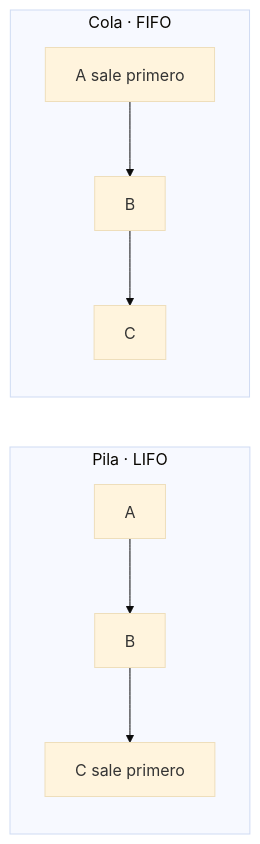
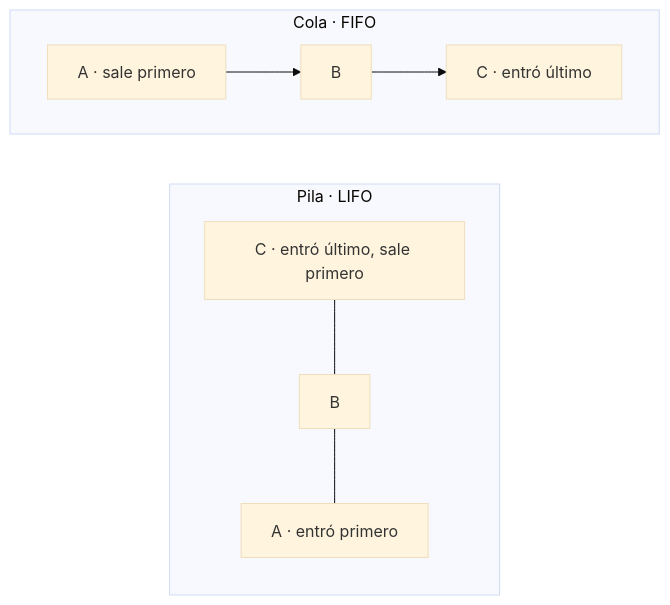
One commit to NICORUIZ93/The_Imperial_Book changed the second of 8 diagrams in web/public/content/foundations/modulo-2.md. Above: the diagram before and after it, drawn with Mermaid (base theme). The commit also changed other lines of this file, not shown here.

````diff
--- a/web/public/content/foundations/modulo-2.md
+++ b/web/public/content/foundations/modulo-2.md
@@ -107,9 +379,11 @@
 ```mermaid
 flowchart LR
-    subgraph LIFO["Pila · LIFO"]
-      A1["A"] --> B1["B"] --> C1["C sale primero"]
+    subgraph PILA["Pila · LIFO"]
+      direction TB
+      C1["C · entró último, sale primero"] --- B1["B"] --- A1["A · entró primero"]
     end
-    subgraph FIFO["Cola · FIFO"]
-      A2["A sale primero"] --> B2["B"] --> C2["C"]
+    subgraph COLA["Cola · FIFO"]
+      direction LR
+      A2["A · sale primero"] --> B2["B"] --> C2["C · entró último"]
     end
 ```
````
